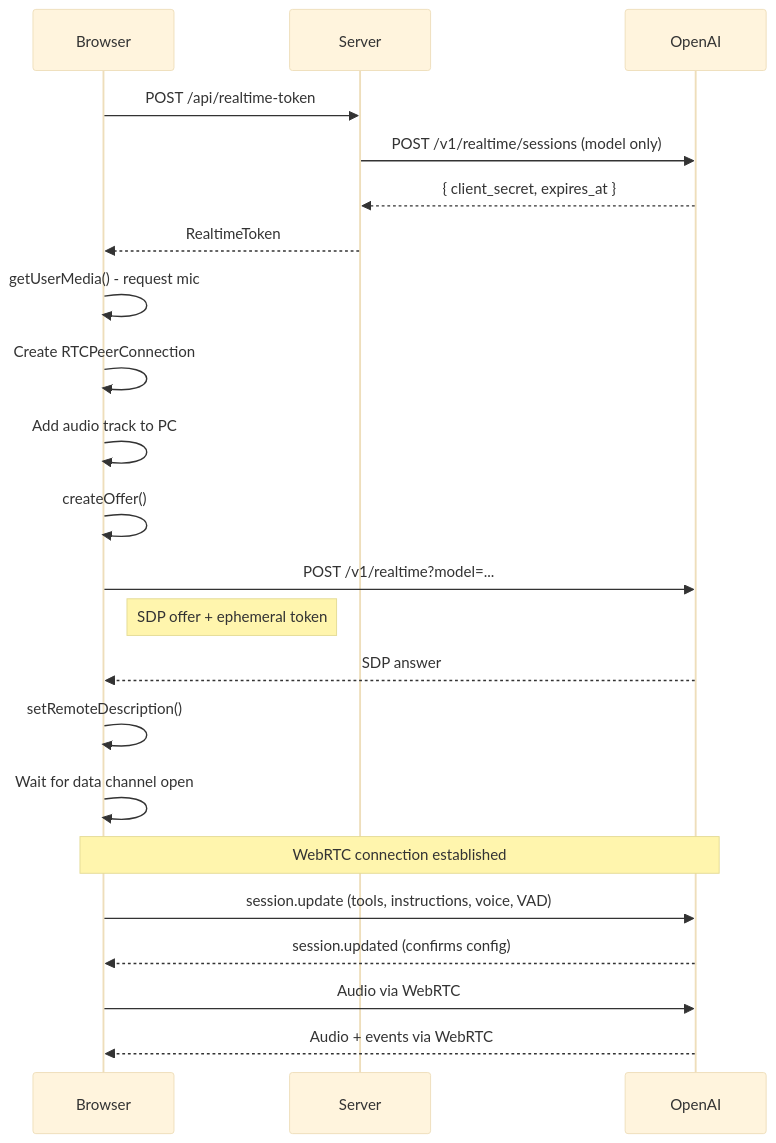
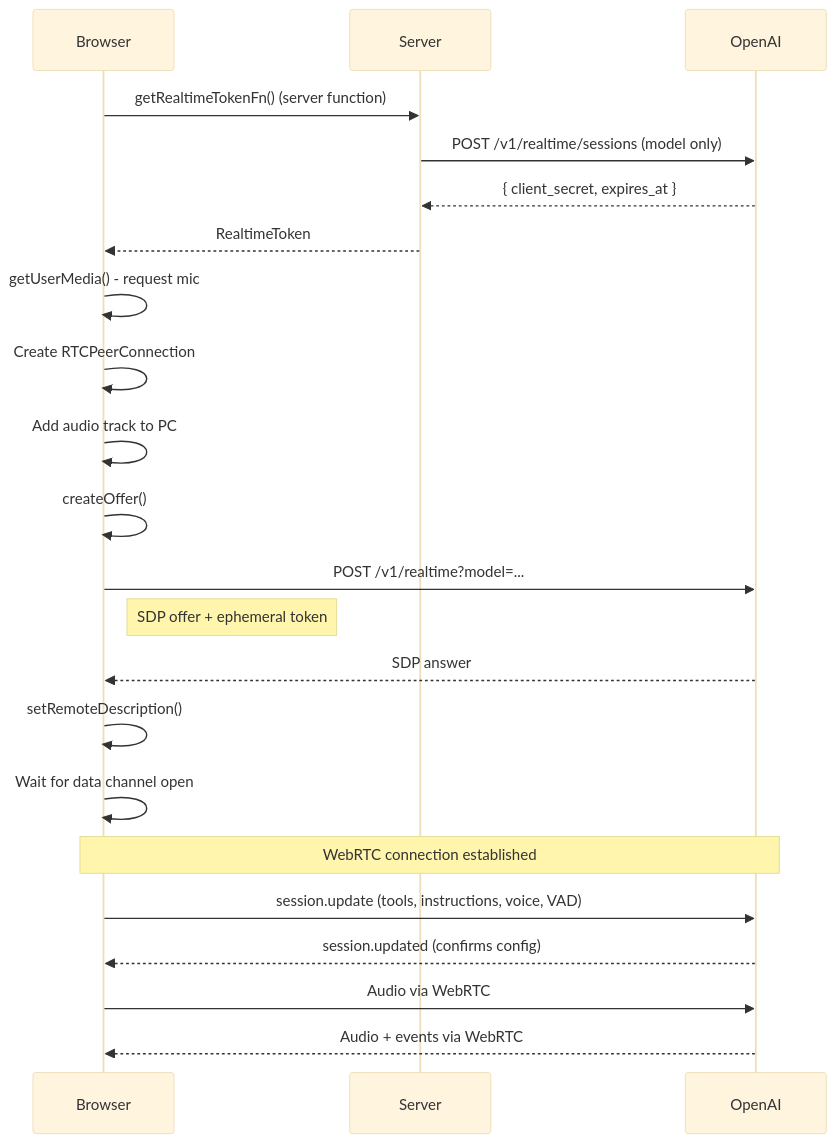
The first of 3 diagrams in docs/architecture/realtime-chat.md (TanStack/ai), drawn with Mermaid (base theme) before and after one commit. The commit also changed other lines of this file, not shown here.

````diff
--- a/docs/architecture/realtime-chat.md
+++ b/docs/architecture/realtime-chat.md
@@ -170,30 +174,30 @@
 ```mermaid
 sequenceDiagram
     participant Browser
     participant Server
     participant OpenAI
 
-    Browser->>Server: POST /api/realtime-token
+    Browser->>Server: getRealtimeTokenFn() (server function)
     Server->>OpenAI: POST /v1/realtime/sessions (model only)
     OpenAI-->>Server: { client_secret, expires_at }
     Server-->>Browser: RealtimeToken
 
     Browser->>Browser: getUserMedia() - request mic
     Browser->>Browser: Create RTCPeerConnection
     Browser->>Browser: Add audio track to PC
     Browser->>Browser: createOffer()
 
     Browser->>OpenAI: POST /v1/realtime?model=...
     Note right of Browser: SDP offer + ephemeral token
     OpenAI-->>Browser: SDP answer
 
     Browser->>Browser: setRemoteDescription()
     Browser->>Browser: Wait for data channel open
     Note over Browser,OpenAI: WebRTC connection established
 
     Browser->>OpenAI: session.update (tools, instructions, voice, VAD)
     OpenAI-->>Browser: session.updated (confirms config)
 
     Browser->>OpenAI: Audio via WebRTC
     OpenAI-->>Browser: Audio + events via WebRTC
 ```
````
